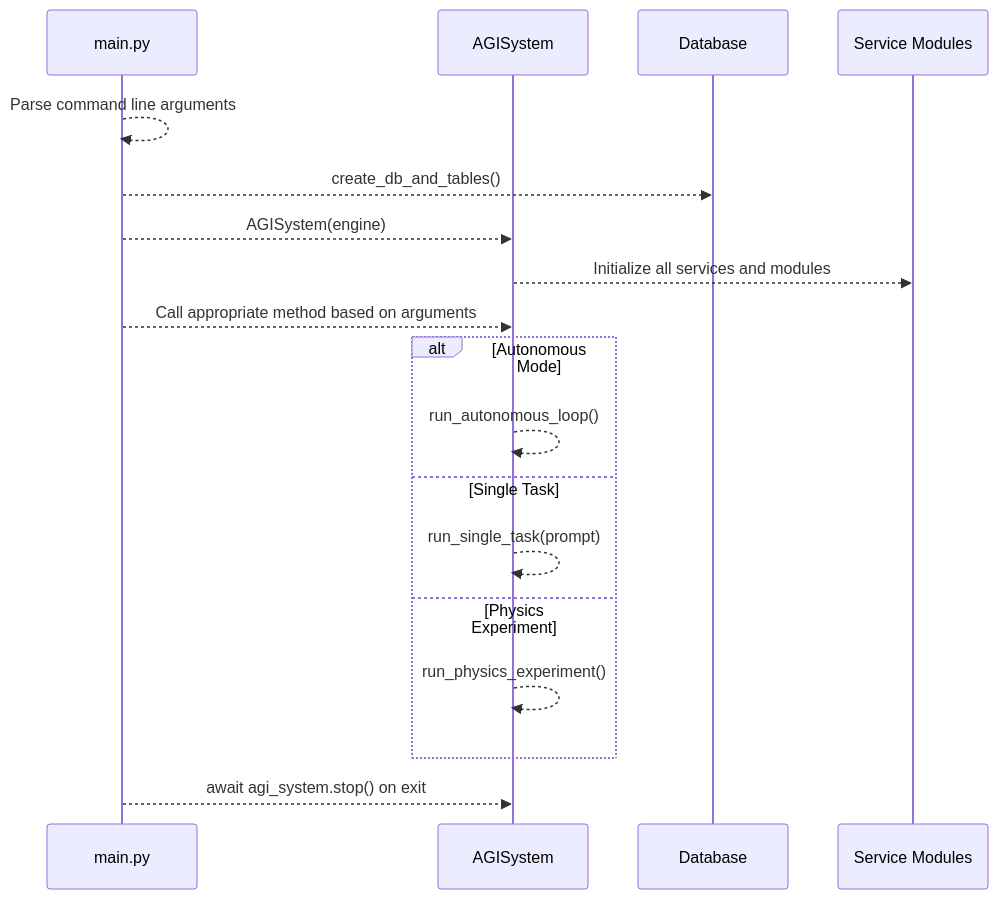
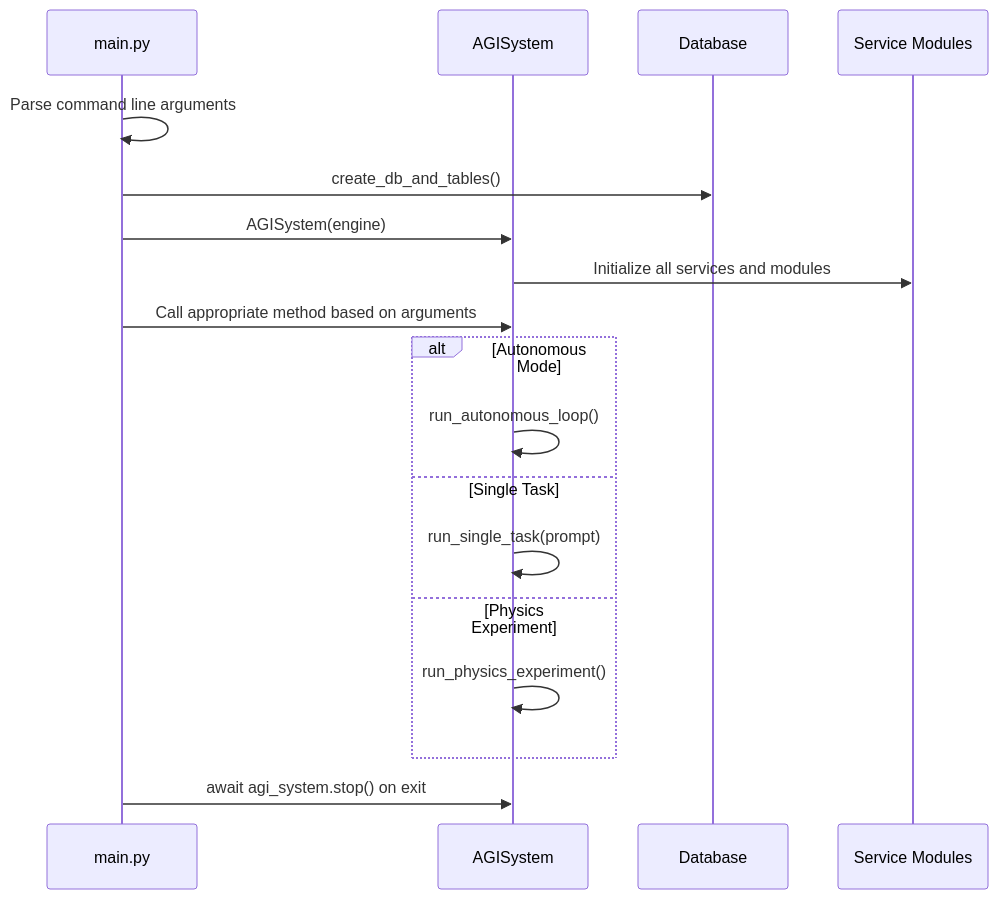
The second of 4 diagrams in docs/Architecture & Design/Key Design Patterns/Singleton Pattern Implementation.md (Likhithsai2580/RAVANA-WIKI), drawn with Mermaid before and after one commit. The commit also changed other lines of this file and 78 other files, not shown here.

````diff
--- a/docs/Architecture & Design/Key Design Patterns/Singleton Pattern Implementation.md
+++ b/docs/Architecture & Design/Key Design Patterns/Singleton Pattern Implementation.md
@@ -185,21 +184,20 @@
 ```mermaid
 sequenceDiagram
 participant Main as main.py
 participant System as AGISystem
 participant DB as Database
 participant Service as Service Modules
-Main-->>Main : Parse command line arguments
-Main-->>DB : create_db_and_tables()
-Main-->>System : AGISystem(engine)
-System-->>Service : Initialize all services and modules
-Main-->>System : Call appropriate method based on arguments
+Main->>Main : Parse command line arguments
+Main->>DB : create_db_and_tables()
+Main->>System : AGISystem(engine)
+System->>Service : Initialize all services and modules
+Main->>System : Call appropriate method based on arguments
 alt Autonomous Mode
-System-->>System : run_autonomous_loop()
+System->>System : run_autonomous_loop()
 else Single Task
-System-->>System : run_single_task(prompt)
+System->>System : run_single_task(prompt)
 else Physics Experiment
-System-->>System : run_physics_experiment()
+System->>System : run_physics_experiment()
 end
-Main-->>System : await agi_system.stop() on exit
-
+Main->>System : await agi_system.stop() on exit
 ```
````
